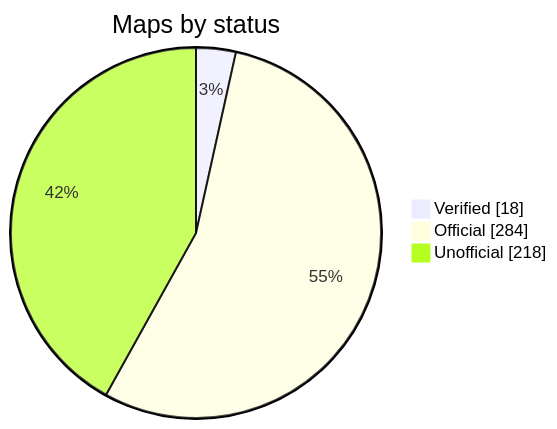
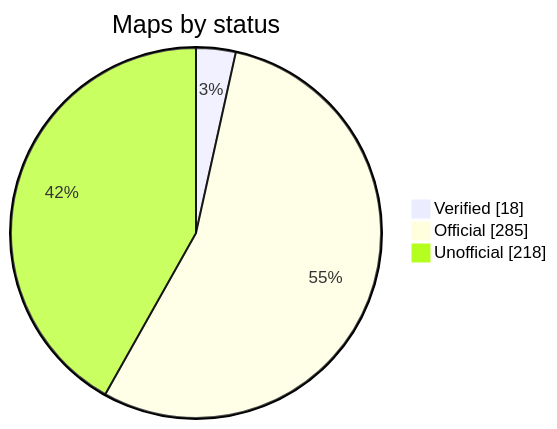
One commit to nobrega8/mbmap-library changed the diagram in README.md. Above: the diagram before and after it, drawn with Mermaid. The commit also changed 5 other files, not shown here.

````diff
--- a/README.md
+++ b/README.md
@@ -52,7 +52,7 @@
 ```mermaid
 pie showData
     title Maps by status
     "Verified" : 18
-    "Official" : 284
+    "Official" : 285
     "Unofficial" : 218
 ```
````
